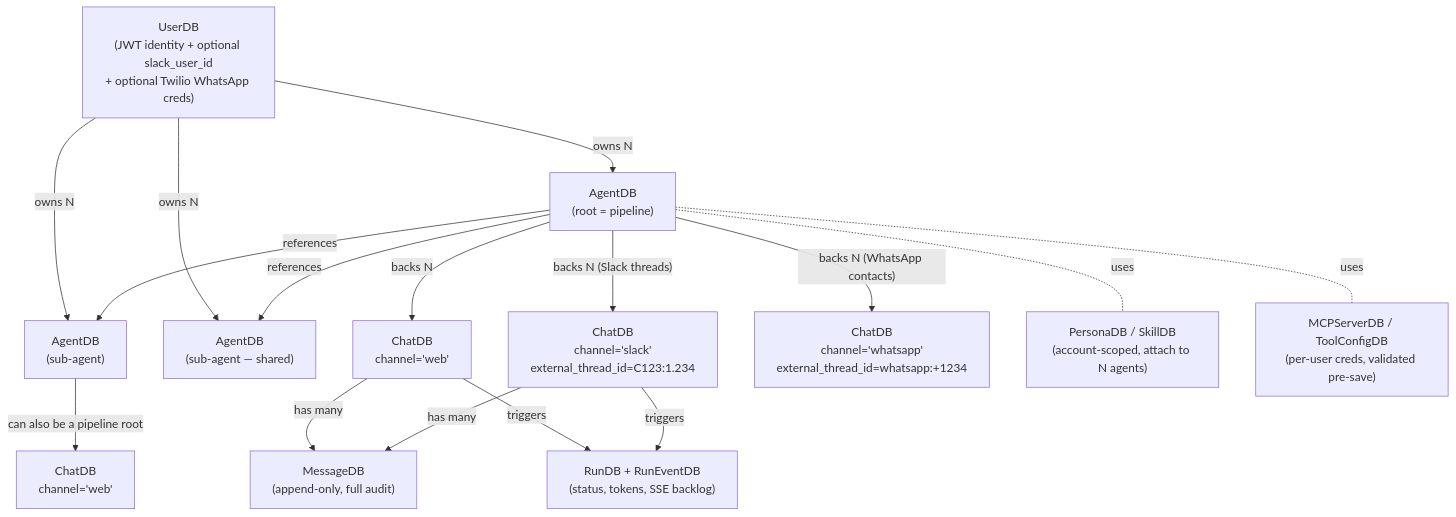
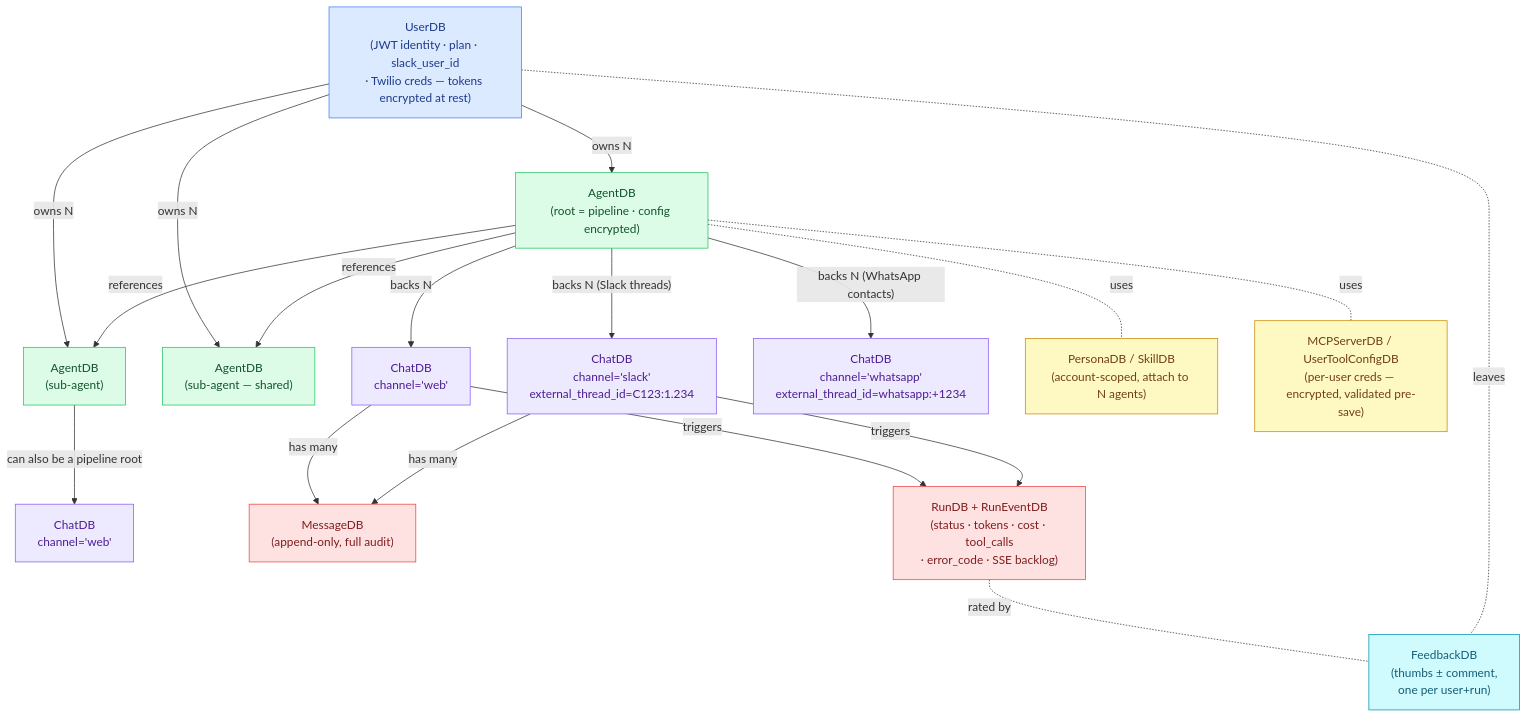
Before and after one commit to deshwalmahesh/open-agent-orchestrator: the second of 2 diagrams in README.md, drawn with Mermaid. The commit also changed other lines of this file, not shown here.

First line of the commit message:
readme: refresh architecture diagrams for the queue topology

````diff
--- a/README.md
+++ b/README.md
@@ -163,31 +196,48 @@
 ```mermaid
 flowchart TD
-  U["UserDB<br/>(JWT identity + optional slack_user_id<br/>+ optional Twilio WhatsApp creds)"]
-  A1["AgentDB<br/>(root = pipeline)"]
+  U["UserDB<br/>(JWT identity · plan · slack_user_id<br/>· Twilio creds — tokens encrypted at rest)"]
+  A1["AgentDB<br/>(root = pipeline · config encrypted)"]
   A2["AgentDB<br/>(sub-agent)"]
   A3["AgentDB<br/>(sub-agent — shared)"]
   CH1["ChatDB<br/>channel='web'"]
   CH2["ChatDB<br/>channel='slack'<br/>external_thread_id=C123:1.234"]
   CH4["ChatDB<br/>channel='whatsapp'<br/>external_thread_id=whatsapp:+1234"]
   CH3["ChatDB<br/>channel='web'"]
   M["MessageDB<br/>(append-only, full audit)"]
-  R["RunDB + RunEventDB<br/>(status, tokens, SSE backlog)"]
+  R["RunDB + RunEventDB<br/>(status · tokens · cost · tool_calls<br/>· error_code · SSE backlog)"]
+  FB["FeedbackDB<br/>(thumbs ± comment,<br/>one per user+run)"]
   P["PersonaDB / SkillDB<br/>(account-scoped, attach to N agents)"]
-  MCP["MCPServerDB / ToolConfigDB<br/>(per-user creds, validated pre-save)"]
+  MCP["MCPServerDB / UserToolConfigDB<br/>(per-user creds — encrypted, validated pre-save)"]
 
   U -- owns N --> A1
   U -- owns N --> A2
   U -- owns N --> A3
   A1 -- references --> A2
   A1 -- references --> A3
   A2 -- can also be a pipeline root --> CH3
   A1 -- backs N --> CH1
   A1 -- backs N (Slack threads) --> CH2
   A1 -- backs N (WhatsApp contacts) --> CH4
   CH1 -- has many --> M
   CH2 -- has many --> M
   CH1 -- triggers --> R
   CH2 -- triggers --> R
+  R -. rated by .- FB
+  U -. leaves .- FB
   A1 -. uses .- P
   A1 -. uses .- MCP
+
+  classDef user fill:#dbeafe,stroke:#3b82f6,color:#1e3a8a;
+  classDef agent fill:#dcfce7,stroke:#22c55e,color:#14532d;
+  classDef chat fill:#ede9fe,stroke:#8b5cf6,color:#4c1d95;
+  classDef run fill:#fee2e2,stroke:#ef4444,color:#7f1d1d;
+  classDef reuse fill:#fef9c3,stroke:#ca8a04,color:#713f12;
+  classDef fb fill:#cffafe,stroke:#0891b2,color:#155e75;
+
+  class U user;
+  class A1,A2,A3 agent;
+  class CH1,CH2,CH3,CH4 chat;
+  class M,R run;
+  class P,MCP reuse;
+  class FB fb;
 ```
````
